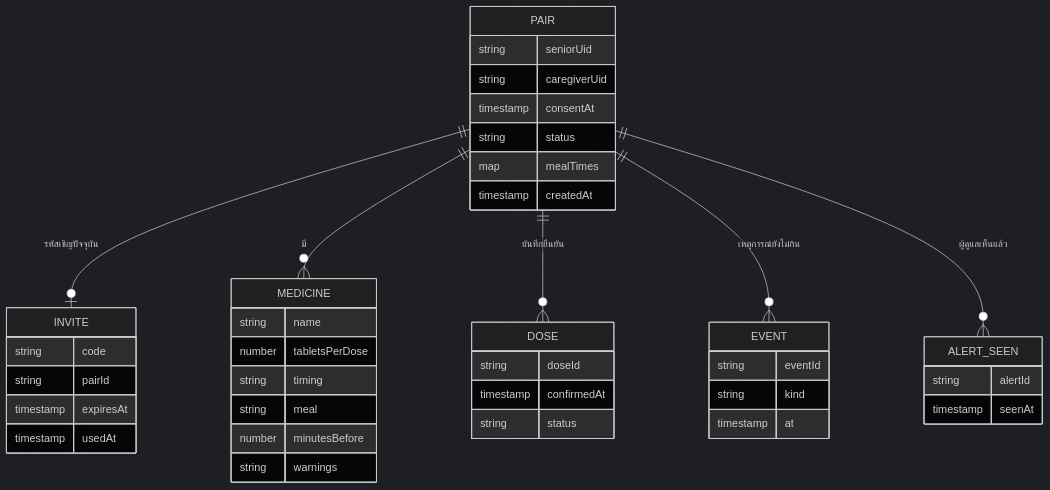
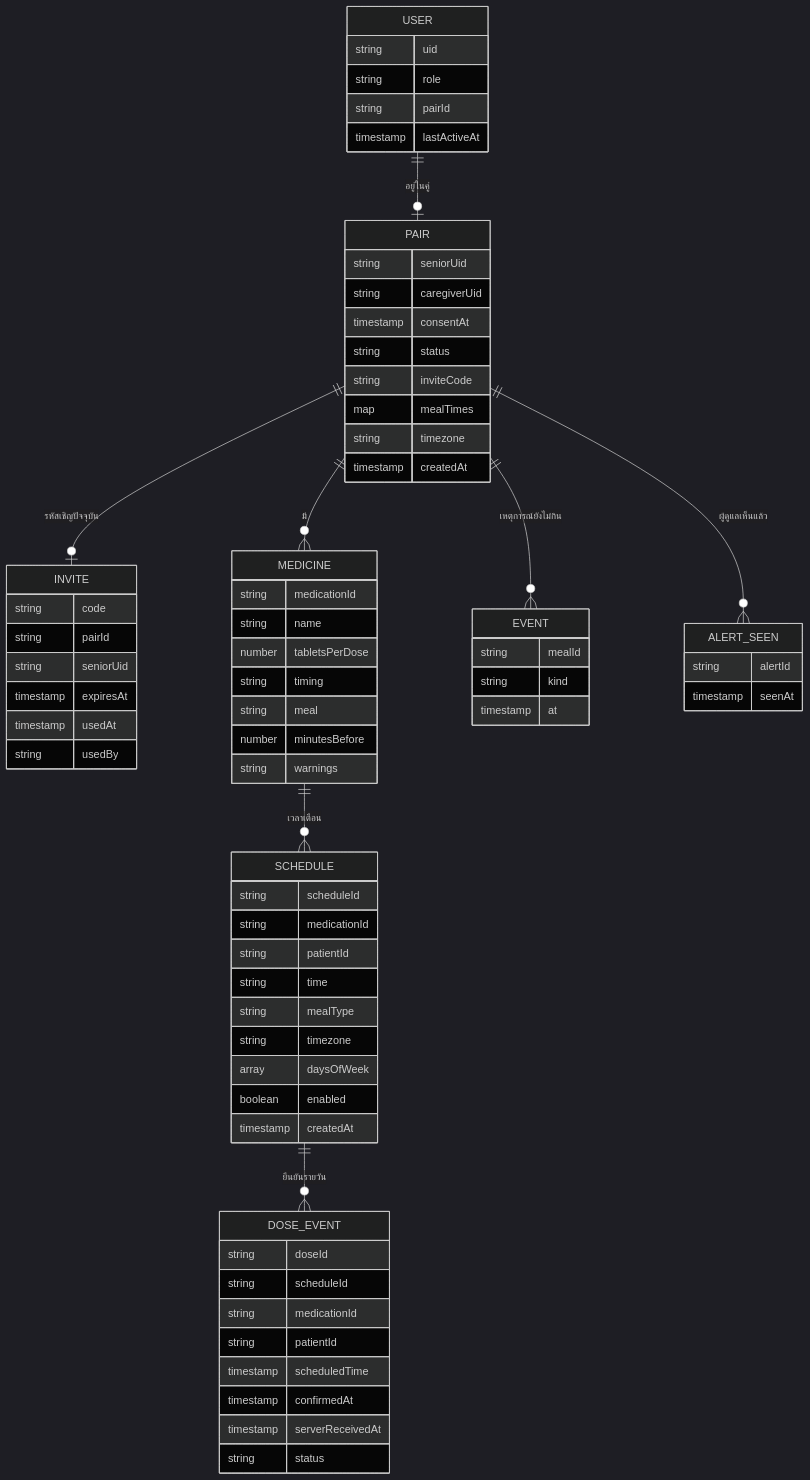
Before and after one commit to yaroo393-png/MedMind: the third of 7 diagrams in docs/03-design/architecture.md, drawn with Mermaid (dark theme). The commit also changed other lines of this file and 8 other files, not shown here.

Commit message:
docs: refine core architecture, data contract, and security rules for Increment 1

````diff
--- a/docs/03-design/architecture.md
+++ b/docs/03-design/architecture.md
@@ -123,44 +205,73 @@
 ```mermaid
 erDiagram
+  USER ||--o| PAIR : "อยู่ในคู่"
   PAIR ||--o| INVITE : "รหัสเชิญปัจจุบัน"
   PAIR ||--o{ MEDICINE : มี
-  PAIR ||--o{ DOSE : "บันทึกยืนยัน"
+  MEDICINE ||--o{ SCHEDULE : "เวลาเตือน"
+  SCHEDULE ||--o{ DOSE_EVENT : "ยืนยันรายวัน"
   PAIR ||--o{ EVENT : "เหตุการณ์ยังไม่กิน"
   PAIR ||--o{ ALERT_SEEN : "ผู้ดูแลเห็นแล้ว"
+  USER {
+    string uid
+    string role
+    string pairId
+    timestamp lastActiveAt
+  }
   PAIR {
     string seniorUid
     string caregiverUid
     timestamp consentAt
     string status
+    string inviteCode
     map mealTimes
+    string timezone
     timestamp createdAt
   }
   INVITE {
     string code
     string pairId
+    string seniorUid
     timestamp expiresAt
     timestamp usedAt
+    string usedBy
   }
   MEDICINE {
+    string medicationId
     string name
     number tabletsPerDose
     string timing
     string meal
     number minutesBefore
     string warnings
   }
-  DOSE {
+  SCHEDULE {
+    string scheduleId
+    string medicationId
+    string patientId
+    string time
+    string mealType
+    string timezone
+    array daysOfWeek
+    boolean enabled
+    timestamp createdAt
+  }
+  DOSE_EVENT {
     string doseId
+    string scheduleId
+    string medicationId
+    string patientId
+    timestamp scheduledTime
     timestamp confirmedAt
+    timestamp serverReceivedAt
     string status
   }
   EVENT {
-    string eventId
+    string mealId
     string kind
     timestamp at
   }
   ALERT_SEEN {
     string alertId
     timestamp seenAt
   }
 ```
````
